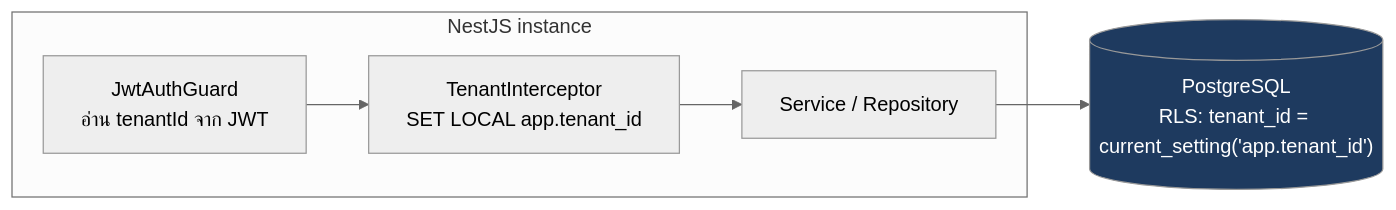
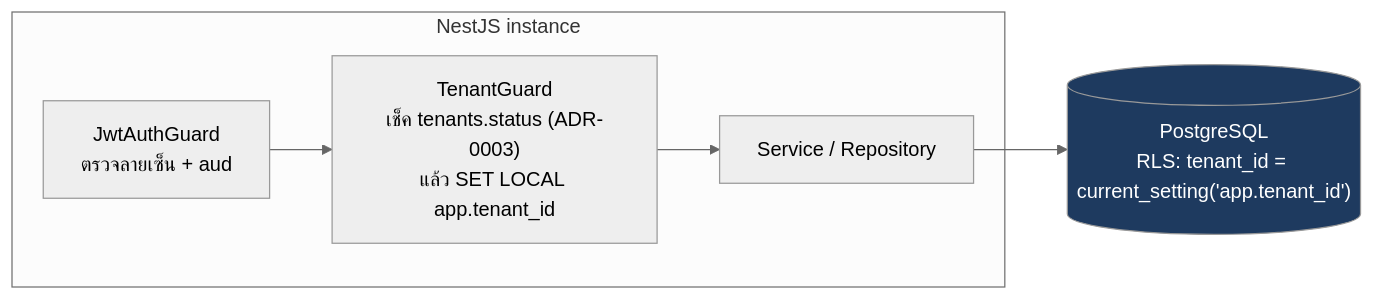
One commit to NuimanLP/srisurart-pos-flutter changed the first of 6 diagrams in docs/Backend_design/01_DATABASE.md. Above: the diagram before and after it, drawn with Mermaid (neutral theme). The commit also changed other lines of this file and 17 other files, not shown here.

````diff
--- a/docs/Backend_design/01_DATABASE.md
+++ b/docs/Backend_design/01_DATABASE.md
@@ -50,9 +50,9 @@
 ```mermaid
 flowchart LR
   subgraph app["NestJS instance"]
-    G["JwtAuthGuard<br/>อ่าน tenantId จาก JWT"] --> I["TenantInterceptor<br/>SET LOCAL app.tenant_id"]
-    I --> S["Service / Repository"]
+    G["JwtAuthGuard<br/>ตรวจลายเซ็น + aud"] --> T["TenantGuard<br/>เช็ค tenants.status (ADR-0003)<br/>แล้ว SET LOCAL app.tenant_id"]
+    T --> S["Service / Repository"]
   end
   S --> PG[("PostgreSQL<br/>RLS: tenant_id = current_setting('app.tenant_id')")]
   style PG fill:#1e3a5f,color:#fff
 ```
````
